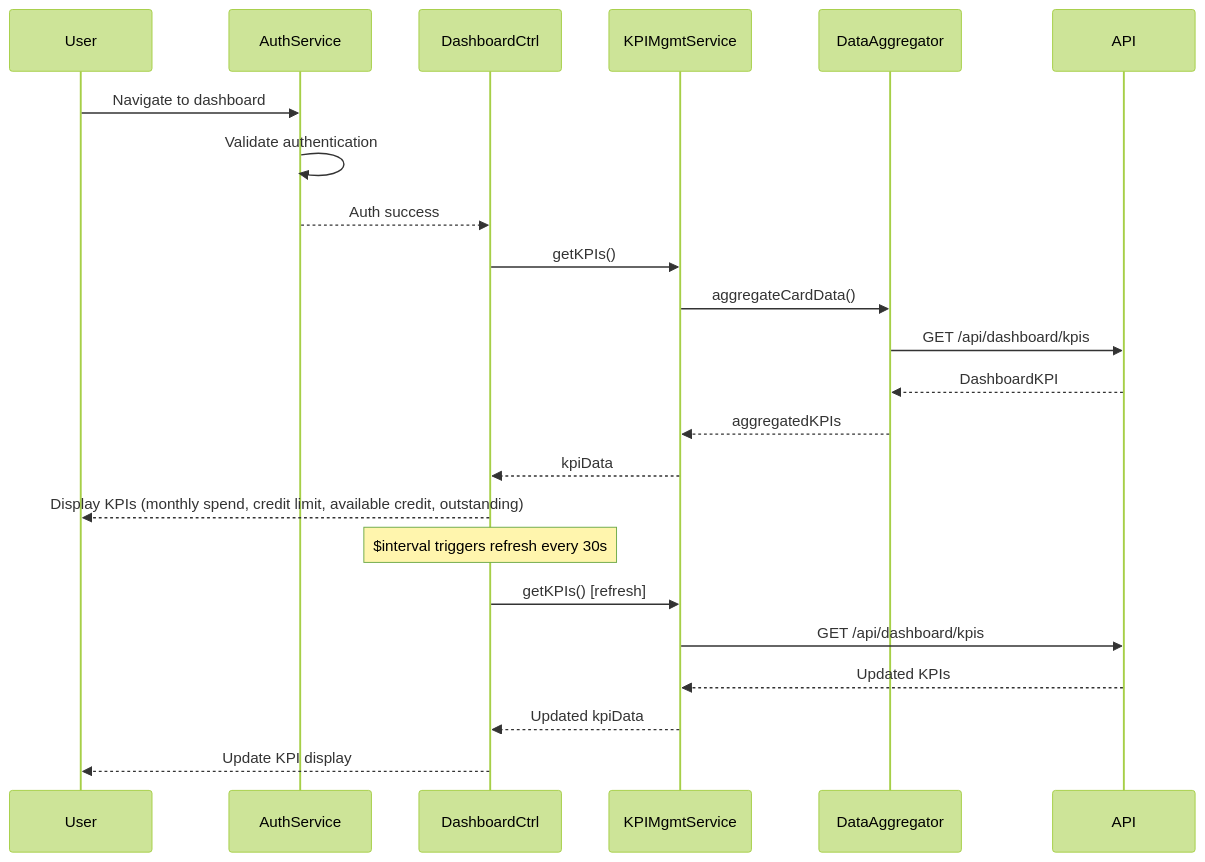
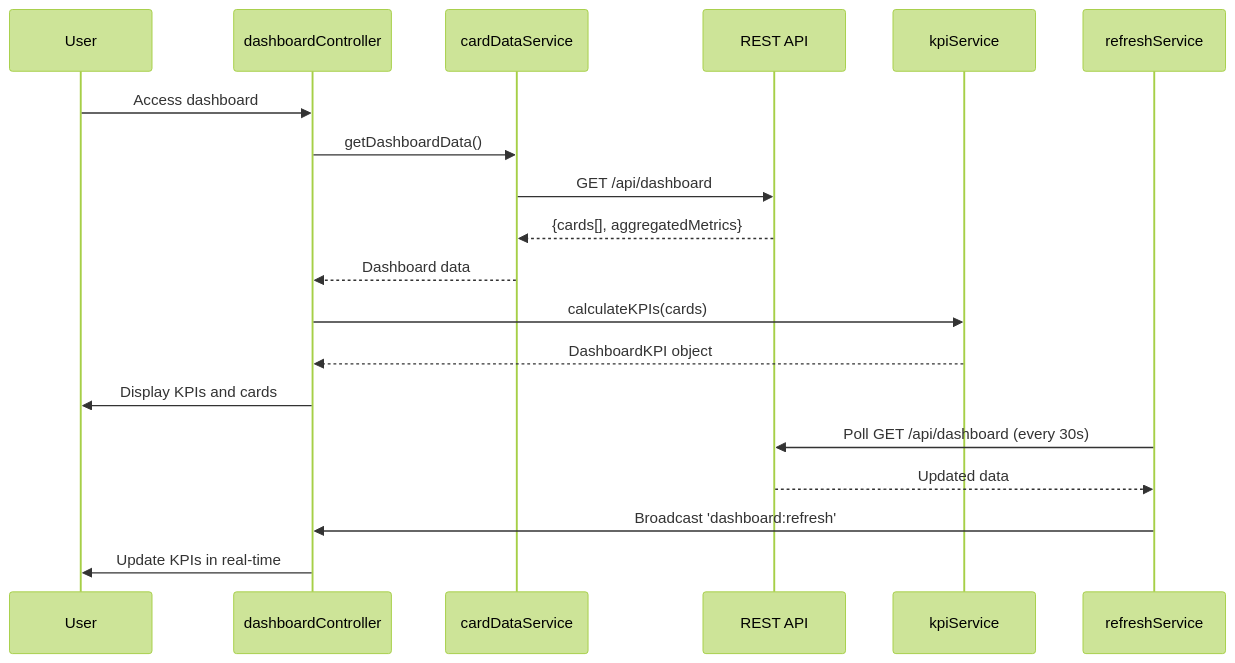
One commit to AAVA-Demo/APB_Demo changed the diagram in LLD/QE-7736_LLD.md. Above: the diagram before and after it, drawn with Mermaid (forest theme). The commit also changed other lines of this file and 5 other files, not shown here.

````diff
--- a/LLD/QE-7736_LLD.md
+++ b/LLD/QE-7736_LLD.md
@@ -83,26 +67,22 @@
 ```mermaid
 sequenceDiagram
     participant User
-    participant AuthService
-    participant DashboardCtrl
-    participant KPIMgmtService
-    participant DataAggregator
-    participant API
-    
-    User->>AuthService: Navigate to dashboard
-    AuthService->>AuthService: Validate authentication
-    AuthService-->>DashboardCtrl: Auth success
-    DashboardCtrl->>KPIMgmtService: getKPIs()
-    KPIMgmtService->>DataAggregator: aggregateCardData()
-    DataAggregator->>API: GET /api/dashboard/kpis
-    API-->>DataAggregator: DashboardKPI
-    DataAggregator-->>KPIMgmtService: aggregatedKPIs
-    KPIMgmtService-->>DashboardCtrl: kpiData
-    DashboardCtrl-->>User: Display KPIs (monthly spend, credit limit, available credit, outstanding)
-    Note over DashboardCtrl: $interval triggers refresh every 30s
-    DashboardCtrl->>KPIMgmtService: getKPIs() [refresh]
-    KPIMgmtService->>API: GET /api/dashboard/kpis
-    API-->>KPIMgmtService: Updated KPIs
-    KPIMgmtService-->>DashboardCtrl: Updated kpiData
-    DashboardCtrl-->>User: Update KPI display
+    participant dashboardController
+    participant cardDataService
+    participant REST API
+    participant kpiService
+    participant refreshService
+
+    User->>dashboardController: Access dashboard
+    dashboardController->>cardDataService: getDashboardData()
+    cardDataService->>REST API: GET /api/dashboard
+    REST API-->>cardDataService: {cards[], aggregatedMetrics}
+    cardDataService-->>dashboardController: Dashboard data
+    dashboardController->>kpiService: calculateKPIs(cards)
+    kpiService-->>dashboardController: DashboardKPI object
+    dashboardController->>User: Display KPIs and cards
+    refreshService->>REST API: Poll GET /api/dashboard (every 30s)
+    REST API-->>refreshService: Updated data
+    refreshService->>dashboardController: Broadcast 'dashboard:refresh'
+    dashboardController->>User: Update KPIs in real-time
 ```
````
